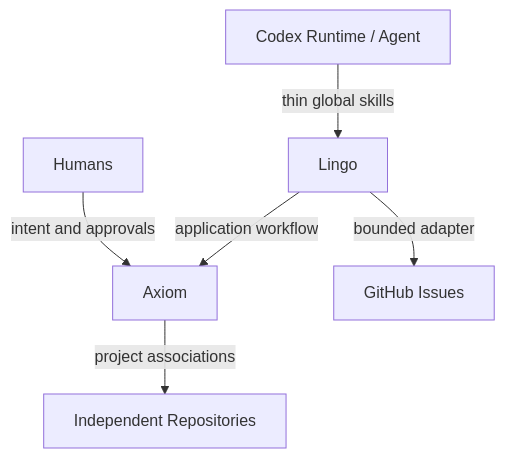
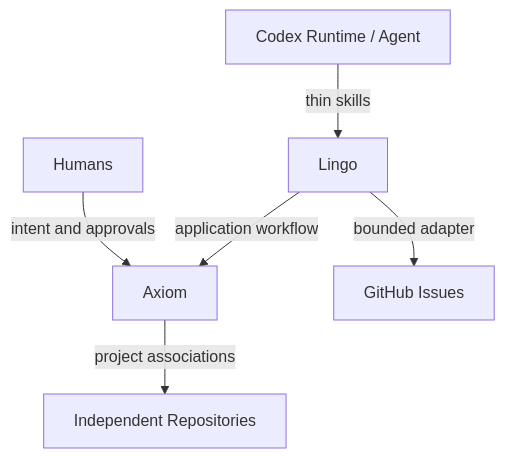
Before and after one commit to rgomids/axiom: the second of 2 diagrams in README.md, drawn with Mermaid. The commit also changed other lines of this file and 5 other files, not shown here.

````diff
--- a/README.md
+++ b/README.md
@@ -177,8 +115,8 @@
 ```mermaid
 flowchart TB
     H["Humans"] -->|intent and approvals| A["Axiom"]
-    R["Codex Runtime / Agent"] -->|thin global skills| L["Lingo"]
+    R["Codex Runtime / Agent"] -->|thin skills| L["Lingo"]
     L -->|application workflow| A
     A -->|project associations| G["Independent Repositories"]
     L -->|bounded adapter| P["GitHub Issues"]
 ```
````
